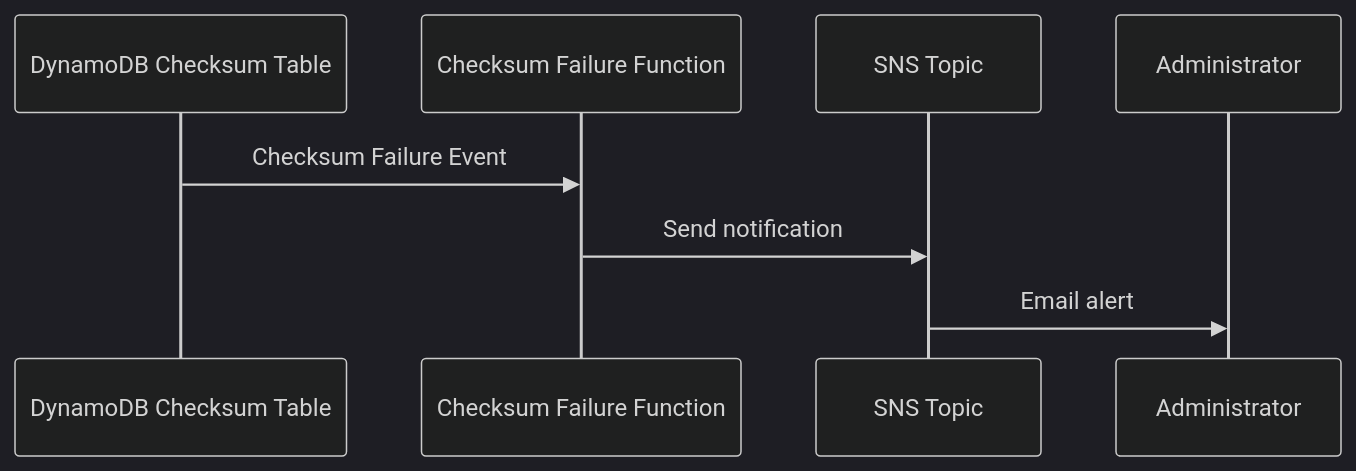
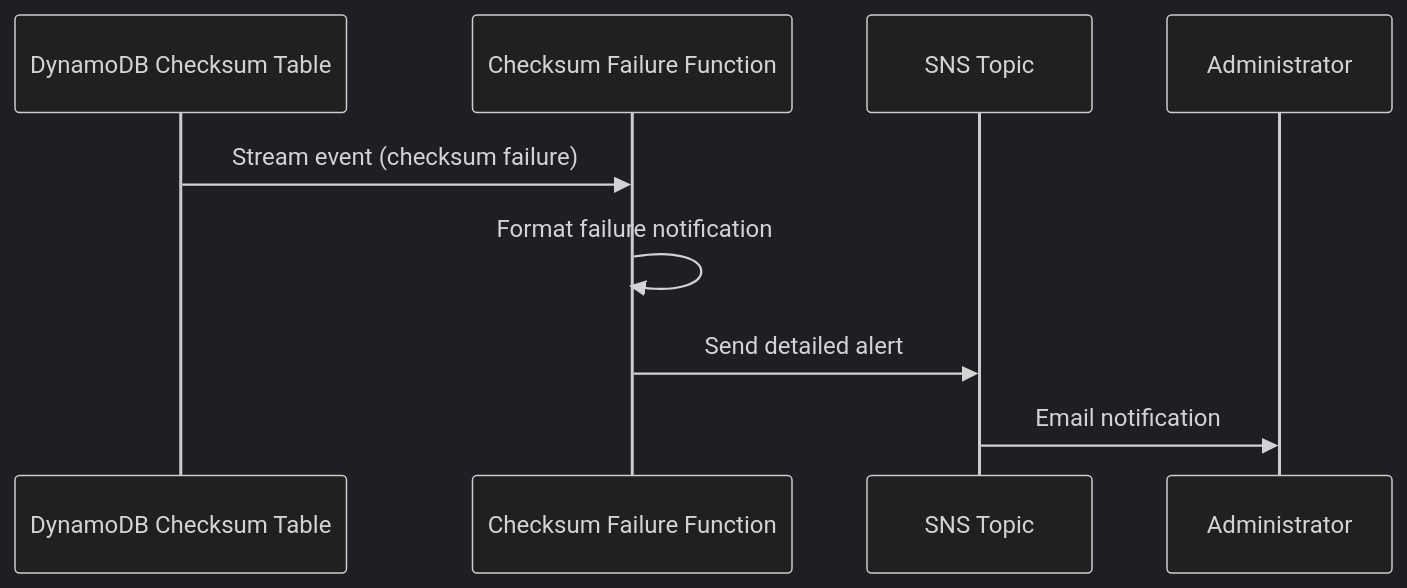
One commit to dts-hosting/duracloud-pilot changed the tenth of 10 diagrams in TECHNICAL.md. Above: the diagram before and after it, drawn with Mermaid (dark theme). The commit also changed other lines of this file and 2 other files, not shown here.

````diff
--- a/TECHNICAL.md
+++ b/TECHNICAL.md
@@ -218,11 +311,12 @@
 ```mermaid
 sequenceDiagram
     participant DB1 as DynamoDB Checksum Table
     participant CF as Checksum Failure Function
     participant SNS as SNS Topic
     participant Admin as Administrator
 
-    DB1->>CF: Checksum Failure Event
-    CF->>SNS: Send notification
-    SNS->>Admin: Email alert
+    DB1->>CF: Stream event (checksum failure)
+    CF->>CF: Format failure notification
+    CF->>SNS: Send detailed alert
+    SNS->>Admin: Email notification
 ```
````
